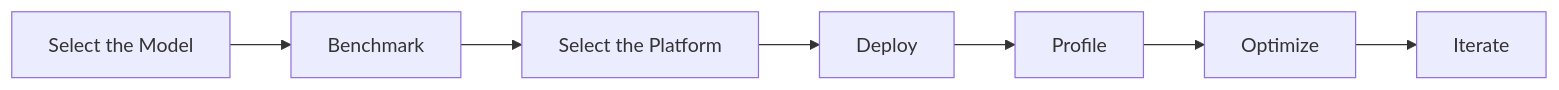
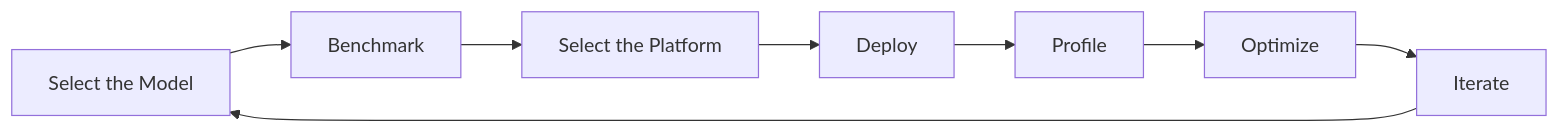
One commit to afondiel/Edge-AI-Model-Zoo changed the diagram in model-bench-guide.md. Above: the diagram before and after it, drawn with Mermaid. The commit also changed other lines of this file, not shown here.

````diff
--- a/model-bench-guide.md
+++ b/model-bench-guide.md
@@ -19,9 +19,10 @@
 ```mermaid
    graph LR
        A[Select the Model]-->B[Benchmark]
        B-->C[Select the Platform]
        C-->D[Deploy]
        D-->E[Profile]
        E-->F[Optimize]
        F-->G[Iterate]
+       G-->A
 ```
````
